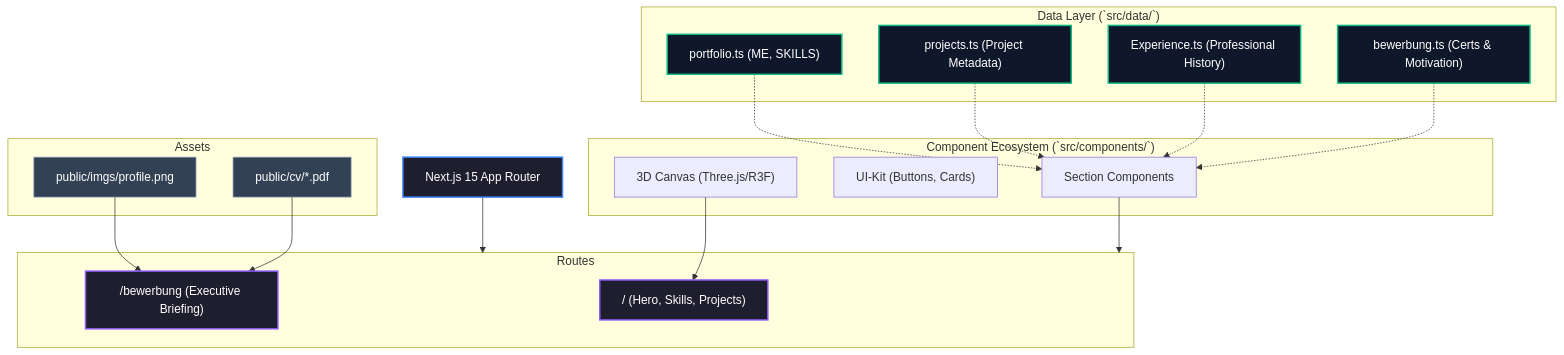
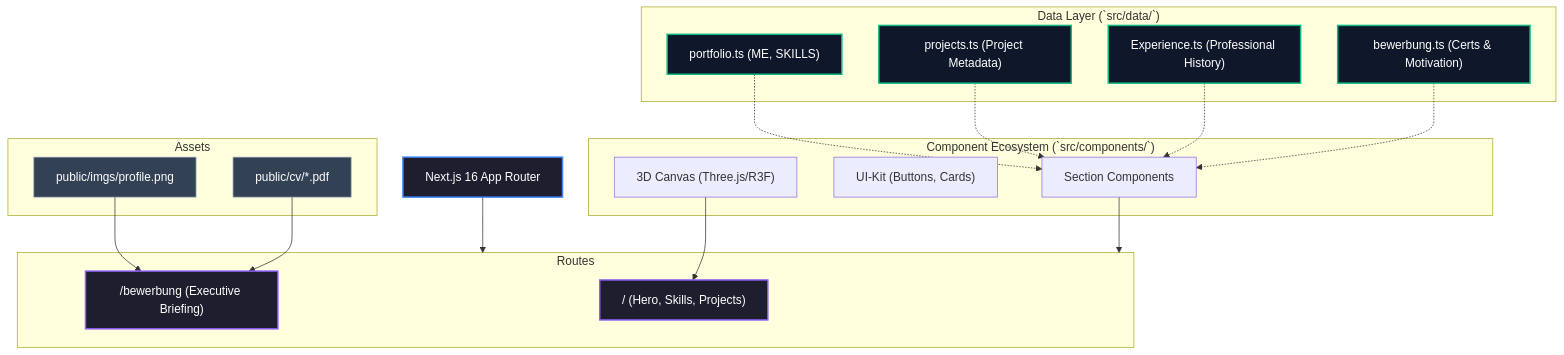
One commit to abdelhaymallouli/Portfolioo-Mallouli-Abdelhay changed the diagram in FULL_PROJECT_DOCUMENTATION.md. Above: the diagram before and after it, drawn with Mermaid. The commit also changed other lines of this file and 15 other files, not shown here.

````diff
--- a/FULL_PROJECT_DOCUMENTATION.md
+++ b/FULL_PROJECT_DOCUMENTATION.md
@@ -15,45 +15,45 @@
 ```mermaid
 graph TD
     %% Define Styles
     classDef main fill:#1e1e2f,stroke:#3b82f6,stroke-width:2px,color:#fff
     classDef data fill:#0f172a,stroke:#10b981,stroke-width:2px,color:#fff
     classDef route fill:#1e1e2f,stroke:#8b5cf6,stroke-width:2px,color:#fff
     classDef asset fill:#334155,stroke:#94a3b8,stroke-width:1px,color:#fff
 
     %% Application Core
-    App["Next.js 15 App Router"]:::main
+    App["Next.js 16 App Router"]:::main
 
     %% Routes
     subgraph Routes
         R1["/ (Hero, Skills, Projects)"]:::route
         R2["/bewerbung (Executive Briefing)"]:::route
     end
 
     %% Data Layer
     subgraph "Data Layer (`src/data/`)"
         D1["portfolio.ts (ME, SKILLS)"]:::data
         D2["projects.ts (Project Metadata)"]:::data
         D3["Experience.ts (Professional History)"]:::data
         D4["bewerbung.ts (Certs & Motivation)"]:::data
     end
 
     %% Component Layer
     subgraph "Component Ecosystem (`src/components/`)"
         C1["3D Canvas (Three.js/R3F)"]
         C2["UI-Kit (Buttons, Cards)"]
         C3["Section Components"]
     end
 
     %% Assets
     subgraph Assets
         AS1["public/imgs/profile.png"]:::asset
         AS2["public/cv/*.pdf"]:::asset
     end
 
     %% Flow
     App --> Routes
     D1 & D2 & D3 & D4 -.-> C3
     C3 --> Routes
     C1 --> R1
     AS1 & AS2 --> R2
 ```
````
